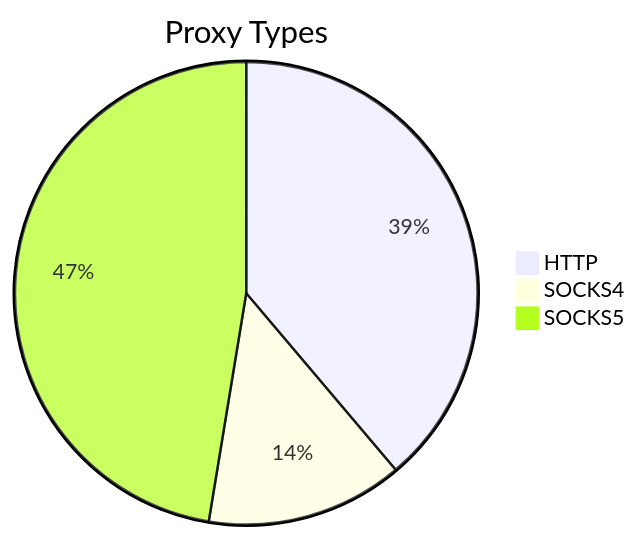
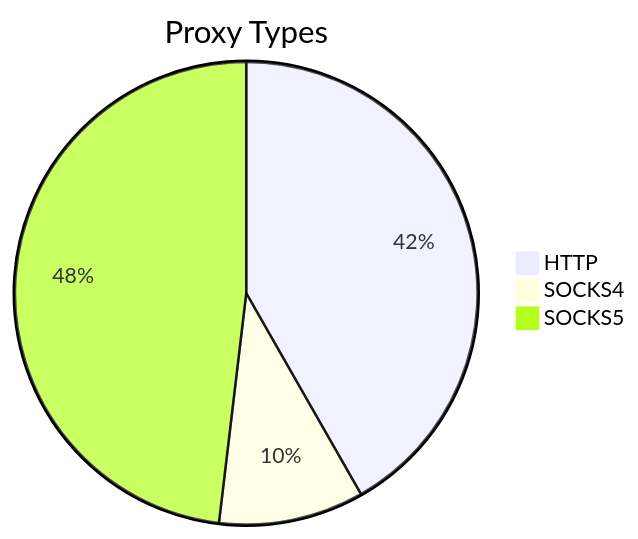
One commit to stormsia/proxy-list changed the first of 2 diagrams in README.md. Above: the diagram before and after it, drawn with Mermaid. The commit also changed other lines of this file, not shown here.

````diff
--- a/README.md
+++ b/README.md
@@ -21,6 +21,6 @@
 ```mermaid
 pie title Proxy Types
-    "HTTP" : 217
-    "SOCKS4" : 77
-    "SOCKS5" : 265
+    "HTTP" : 144
+    "SOCKS4" : 35
+    "SOCKS5" : 166
 ```
````
